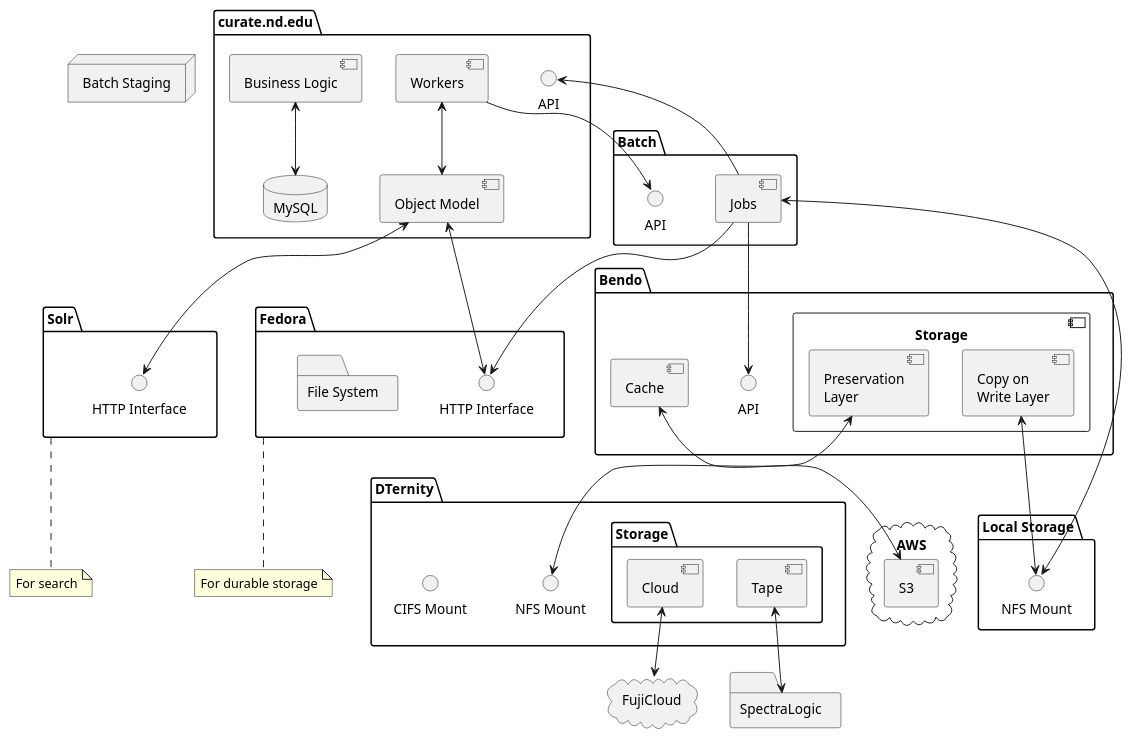
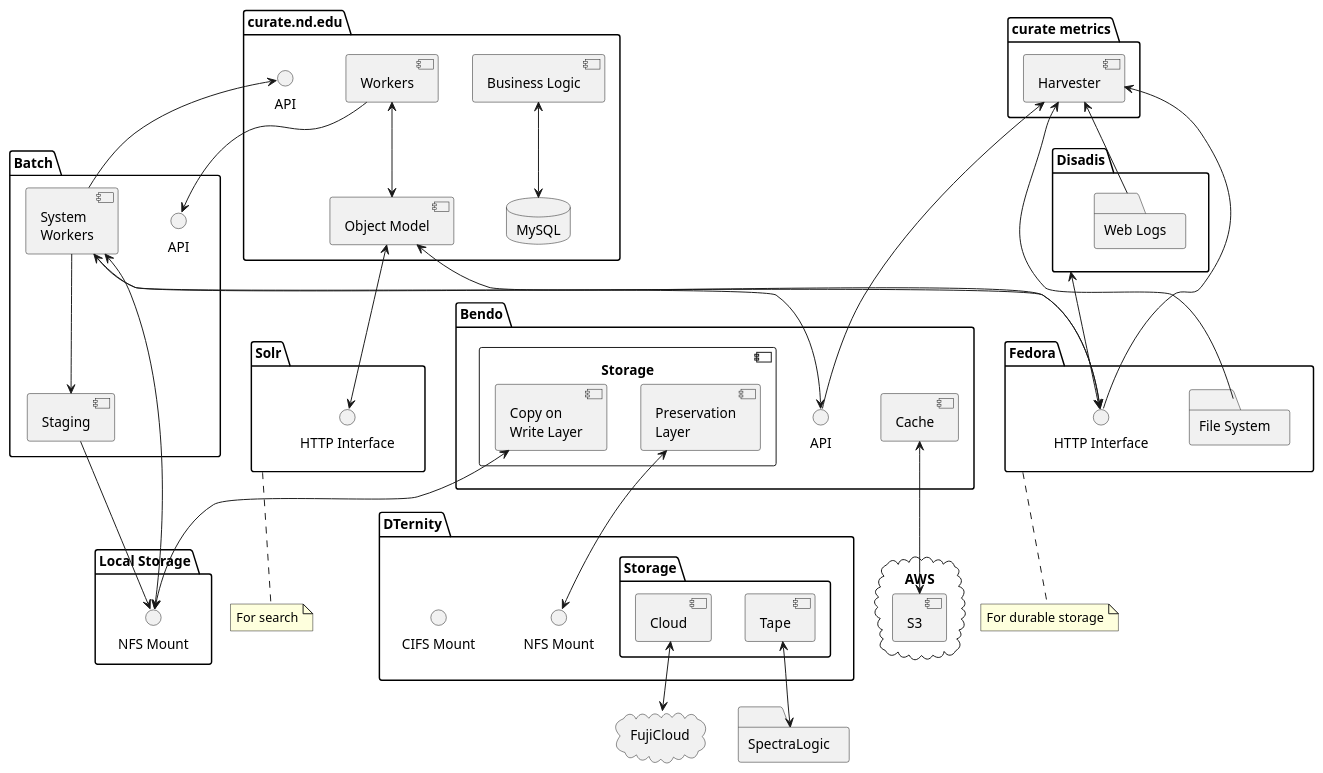
Before and after one commit to ndlib/dam-ecosystem-mapping: the diagram in plantuml/curate_nd.puml, drawn with PlantUML. The commit also changed 1 other file, not shown here.

Commit message:
Updating CurateND to include harvesting

```diff
--- a/plantuml/curate_nd.puml
+++ b/plantuml/curate_nd.puml
@@ -10,78 +10,90 @@
 @startuml
 
 package "curate.nd.edu" {
   component "Object Model" as CurateOM
   component "Workers" as CurateW
   component "Business Logic" as CurateBL
   database MySQL
   interface "API" as CurateAPI
   CurateW <--> CurateOM
   CurateBL <--> MySQL
+}
+package Disadis {
+  folder "Web Logs" as WebLogs
 }
 
 package "Fedora" {
   interface "HTTP Interface" as FedoraHTTP
   folder "File System" as FedoraFS
 }
 note bottom of Fedora
   For durable storage
 end note
 
 package "Solr" {
   interface "HTTP Interface" as SolrHTTP
 }
 note bottom of Solr
   For search
 end note
 
 package "Batch" {
   interface API as BatchAPI
-  component Jobs as BatchJobs
-}
-
-node "Batch Staging" {
-  
+  component "System\nWorkers" as BatchWorkers
+  component Staging as BatchStaging
+  BatchWorkers --> BatchStaging
 }
 
 package "Bendo" {
   interface API as BendoAPI
   component Cache as BendoC
   component Storage {
     component "Copy on\nWrite Layer" as BendoCOW
     component "Preservation\nLayer" as BendoPL
   }
 }
 
 package "DTernity" {
   interface "NFS Mount" as DTernityNFSM
   interface "CIFS Mount" as DTernityCIFSM
   package "Storage" as DTernityStorage {
     component "Cloud" as DternityCS
     component "Tape" as DternityTS
   }
 }
 
 folder "Local Storage" {
   interface "NFS Mount" as LocalNFSMount
 }
 
 folder "SpectraLogic"
 
 cloud "FujiCloud"
 
 cloud AWS {
   component S3
 }
+
+package "curate metrics" {
+  component "Harvester"
+  Harvester <-- WebLogs
+  Harvester <-- FedoraHTTP
+  Harvester <-- FedoraFS
+  Harvester <-- BendoAPI
+}
+
 BendoPL <--> DTernityNFSM
 CurateOM <--> FedoraHTTP
 CurateOM <--> SolrHTTP
-BatchJobs --> CurateAPI
+BatchWorkers --> CurateAPI
 BendoCOW <--> LocalNFSMount
 DternityTS <--> SpectraLogic
 DternityCS <--> FujiCloud
 BendoC <--> S3
 CurateW --> BatchAPI
-BatchJobs --> BendoAPI
-BatchJobs --> FedoraHTTP
-BatchJobs <--> LocalNFSMount
+BatchWorkers --> BendoAPI
+BatchWorkers <--> FedoraHTTP
+BatchWorkers <--> LocalNFSMount
+BatchStaging --> LocalNFSMount
+Disadis <--> FedoraHTTP
 @enduml
```
